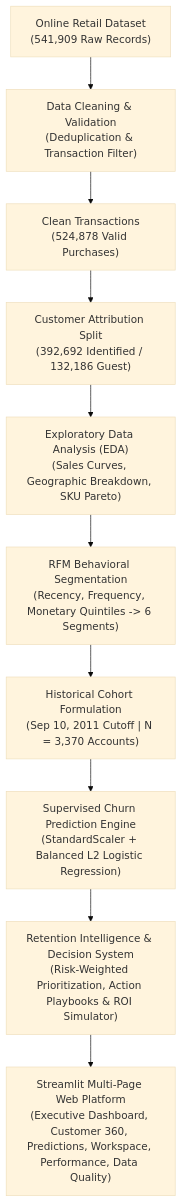
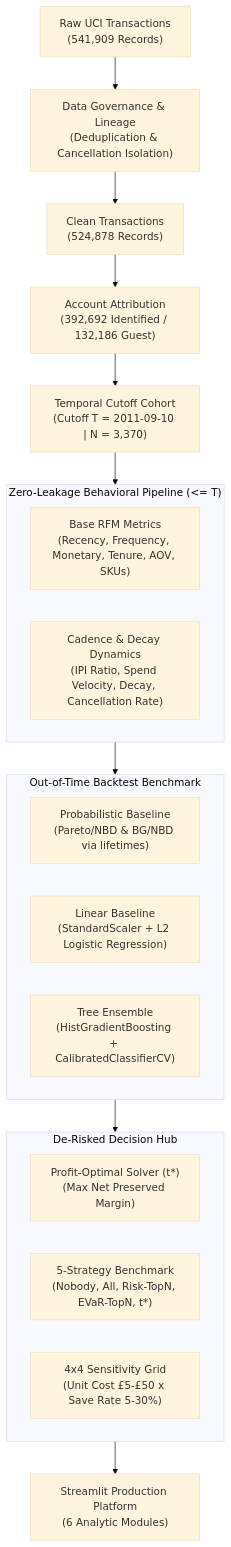
The diagram in README.md (anishkothari07/RetainIQ), drawn with Mermaid (base theme) before and after one commit. The commit also changed other lines of this file and 8 other files, not shown here.

Commit message:
feat: rigorous temporal backtest, BG/NBD baseline, de-risked profit solver, and honest evaluation

````diff
--- a/README.md
+++ b/README.md
@@ -58,12 +55,31 @@
 ```mermaid
 flowchart TD
-    A["Online Retail Dataset<br/>(541,909 Raw Records)"] --> B["Data Cleaning & Validation<br/>(Deduplication & Transaction Filter)"]
-    B --> C["Clean Transactions<br/>(524,878 Valid Purchases)"]
-    C --> D1["Customer Attribution Split<br/>(392,692 Identified / 132,186 Guest)"]
-    D1 --> E["Exploratory Data Analysis (EDA)<br/>(Sales Curves, Geographic Breakdown, SKU Pareto)"]
-    E --> F["RFM Behavioral Segmentation<br/>(Recency, Frequency, Monetary Quintiles -> 6 Segments)"]
-    F --> G["Historical Cohort Formulation<br/>(Sep 10, 2011 Cutoff | N = 3,370 Accounts)"]
-    G --> H["Supervised Churn Prediction Engine<br/>(StandardScaler + Balanced L2 Logistic Regression)"]
-    H --> I["Retention Intelligence & Decision System<br/>(Risk-Weighted Prioritization, Action Playbooks & ROI Simulator)"]
-    I --> J["Streamlit Multi-Page Web Platform<br/>(Executive Dashboard, Customer 360, Predictions, Workspace, Performance, Data Quality)"]
+    A["Raw UCI Transactions<br/>(541,909 Records)"] --> B["Data Governance & Lineage<br/>(Deduplication & Cancellation Isolation)"]
+    B --> C["Clean Transactions<br/>(524,878 Records)"]
+    C --> D["Account Attribution<br/>(392,692 Identified / 132,186 Guest)"]
+    D --> E["Temporal Cutoff Cohort<br/>(Cutoff T = 2011-09-10 | N = 3,370)"]
+    
+    subgraph Feature_Engine["Zero-Leakage Behavioral Pipeline (<= T)"]
+        F1["Base RFM Metrics<br/>(Recency, Frequency, Monetary, Tenure, AOV, SKUs)"]
+        F2["Cadence & Decay Dynamics<br/>(IPI Ratio, Spend Velocity, Decay, Cancellation Rate)"]
+    end
+    
+    E --> Feature_Engine
+    
+    subgraph Model_Benchmarking["Out-of-Time Backtest Benchmark"]
+        M1["Probabilistic Baseline<br/>(Pareto/NBD & BG/NBD via lifetimes)"]
+        M2["Linear Baseline<br/>(StandardScaler + L2 Logistic Regression)"]
+        M3["Tree Ensemble<br/>(HistGradientBoosting + CalibratedClassifierCV)"]
+    end
+    
+    Feature_Engine --> Model_Benchmarking
+    
+    subgraph Decision_Optimization["De-Risked Decision Hub"]
+        O1["Profit-Optimal Solver (t*)<br/>(Max Net Preserved Margin)"]
+        O2["5-Strategy Benchmark<br/>(Nobody, All, Risk-TopN, EVaR-TopN, t*)"]
+        O3["4x4 Sensitivity Grid<br/>(Unit Cost £5-£50 x Save Rate 5-30%)"]
+    end
+    
+    Model_Benchmarking --> Decision_Optimization
+    Decision_Optimization --> P["Streamlit Production Platform<br/>(6 Analytic Modules)"]
 ```
````
